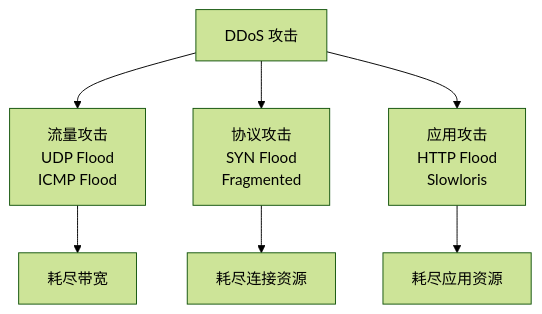
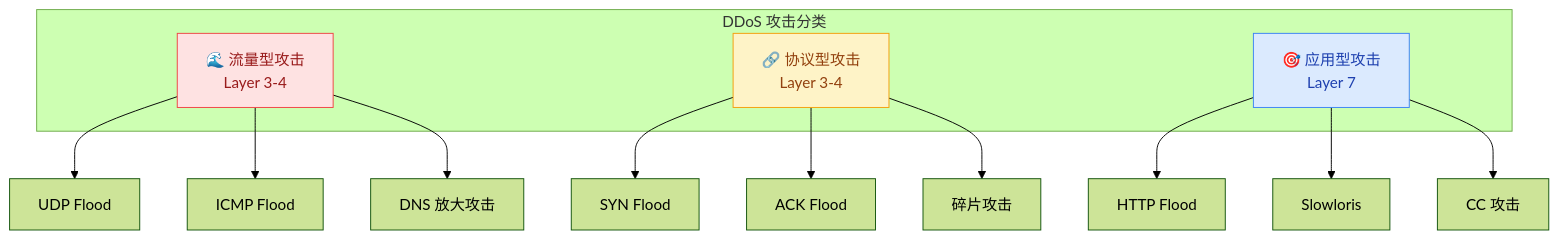
The first of 4 diagrams in docs/guide/attacks/ddos.md (SKT-Shurima/NetworkMastery), drawn with Mermaid (forest theme) before and after one commit. The commit also changed other lines of this file and 6 other files, not shown here.

````diff
--- a/docs/guide/attacks/ddos.md
+++ b/docs/guide/attacks/ddos.md
@@ -7,11 +13,24 @@
 ```mermaid
-graph TB
-    A["DDoS 攻击"]
-    A --> B["流量攻击<br/>UDP Flood<br/>ICMP Flood"]
-    A --> C["协议攻击<br/>SYN Flood<br/>Fragmented"]
-    A --> D["应用攻击<br/>HTTP Flood<br/>Slowloris"]
+graph TD
+    subgraph "DDoS 攻击分类"
+        A["🌊 流量型攻击<br/>Layer 3-4"]
+        B["🔗 协议型攻击<br/>Layer 3-4"]
+        C["🎯 应用型攻击<br/>Layer 7"]
+    end
+
+    A --> A1["UDP Flood"]
+    A --> A2["ICMP Flood"]
+    A --> A3["DNS 放大攻击"]
     
-    B --> B1["耗尽带宽"]
-    C --> C1["耗尽连接资源"]
-    D --> D1["耗尽应用资源"]
+    B --> B1["SYN Flood"]
+    B --> B2["ACK Flood"]
+    B --> B3["碎片攻击"]
+    
+    C --> C1["HTTP Flood"]
+    C --> C2["Slowloris"]
+    C --> C3["CC 攻击"]
+
+    style A fill:#fee2e2,stroke:#ef4444,color:#991b1b
+    style B fill:#fef3c7,stroke:#f59e0b,color:#92400e
+    style C fill:#dbeafe,stroke:#3b82f6,color:#1e40af
 ```
````
